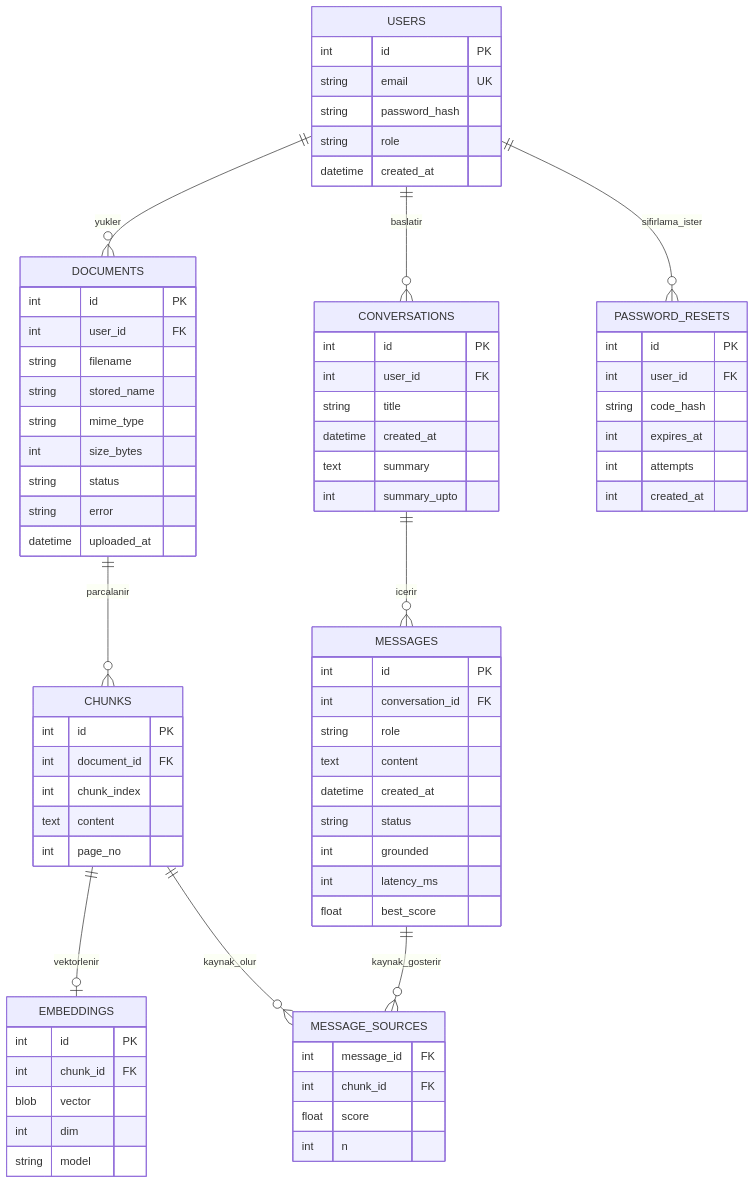
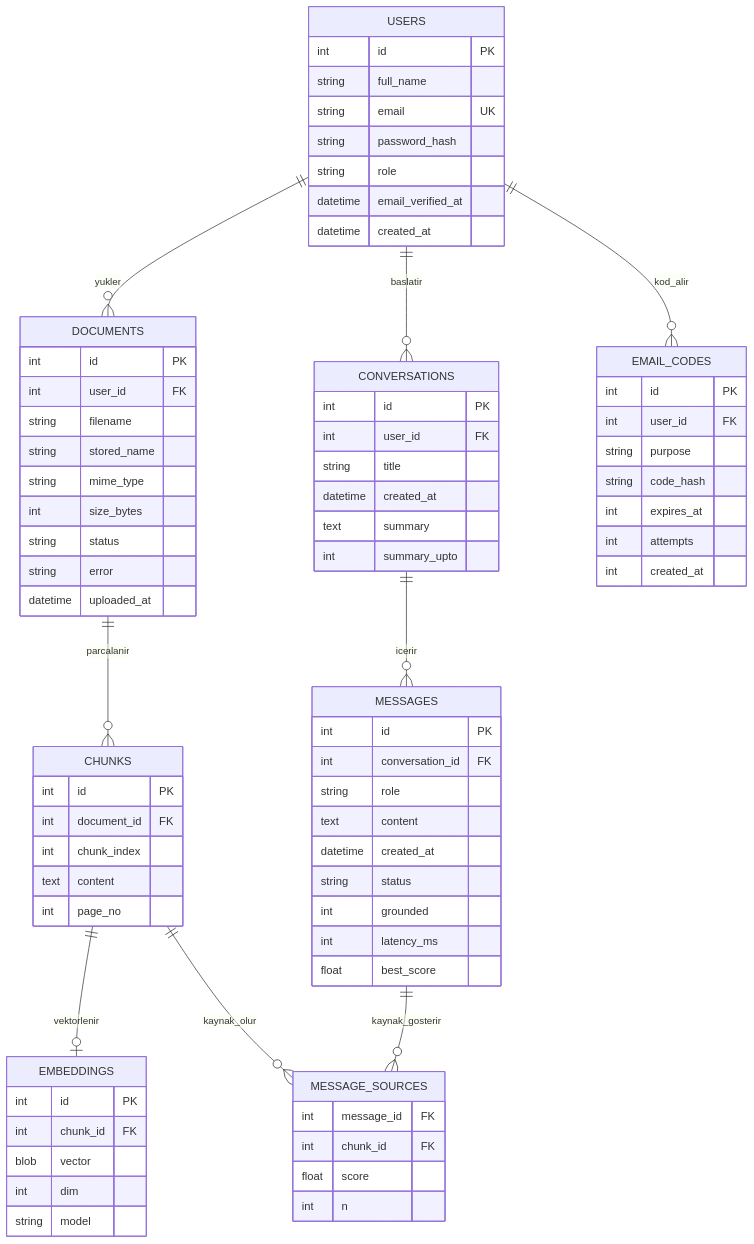
Before and after one commit to sametdogangun713-gif/P55-RAG-Assistant-backend: the diagram in docs/er-diyagrami.md, drawn with Mermaid. The commit also changed other lines of this file and 6 other files, not shown here.

Commit message:
docs: dağıtım, ER diyagramı, teknik belgeler ve AI günlüğü güncellendi

````diff
--- a/docs/er-diyagrami.md
+++ b/docs/er-diyagrami.md
@@ -6,77 +7,80 @@
 ```mermaid
 erDiagram
     USERS ||--o{ DOCUMENTS : yukler
     USERS ||--o{ CONVERSATIONS : baslatir
     DOCUMENTS ||--o{ CHUNKS : parcalanir
     CHUNKS ||--o| EMBEDDINGS : vektorlenir
     CONVERSATIONS ||--o{ MESSAGES : icerir
     MESSAGES ||--o{ MESSAGE_SOURCES : kaynak_gosterir
     CHUNKS ||--o{ MESSAGE_SOURCES : kaynak_olur
-    USERS ||--o{ PASSWORD_RESETS : sifirlama_ister
+    USERS ||--o{ EMAIL_CODES : kod_alir
 
     USERS {
         int id PK
+        string full_name
         string email UK
         string password_hash
         string role
+        datetime email_verified_at
         datetime created_at
     }
     DOCUMENTS {
         int id PK
         int user_id FK
         string filename
         string stored_name
         string mime_type
         int size_bytes
         string status
         string error
         datetime uploaded_at
     }
     CHUNKS {
         int id PK
         int document_id FK
         int chunk_index
         text content
         int page_no
     }
     EMBEDDINGS {
         int id PK
         int chunk_id FK
         blob vector
         int dim
         string model
     }
     CONVERSATIONS {
         int id PK
         int user_id FK
         string title
         datetime created_at
         text summary
         int summary_upto
     }
     MESSAGES {
         int id PK
         int conversation_id FK
         string role
         text content
         datetime created_at
         string status
         int grounded
         int latency_ms
         float best_score
     }
     MESSAGE_SOURCES {
         int message_id FK
         int chunk_id FK
         float score
         int n
     }
-    PASSWORD_RESETS {
+    EMAIL_CODES {
         int id PK
         int user_id FK
+        string purpose
         string code_hash
         int expires_at
         int attempts
         int created_at
     }
 ```
````
